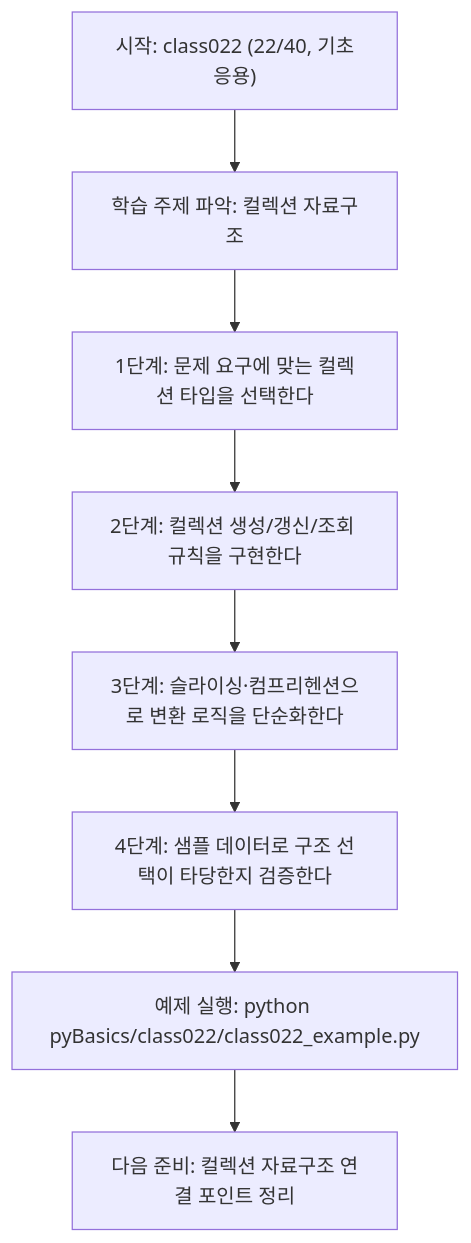
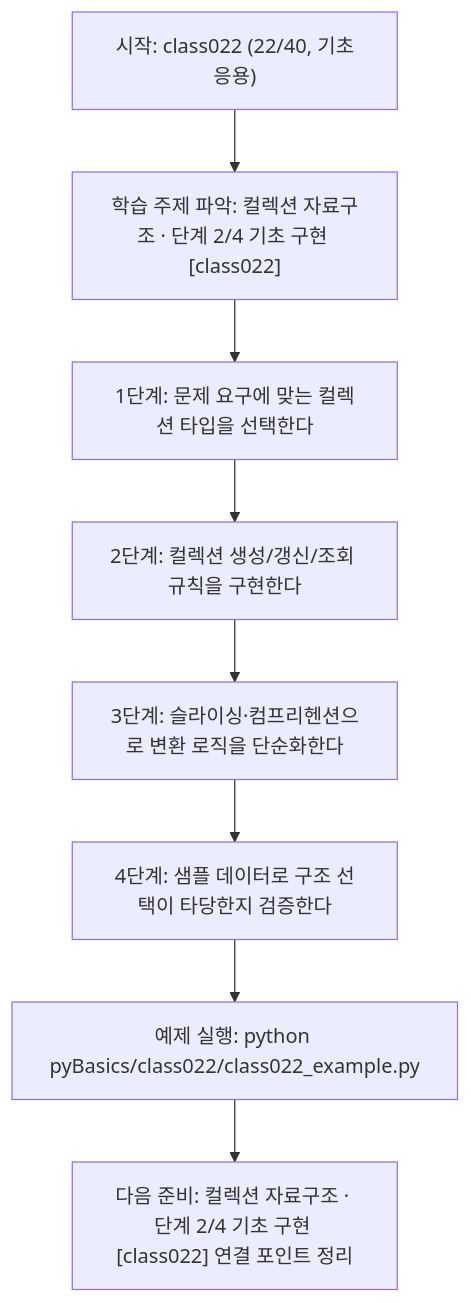
The diagram in pyBasics/class022/class022.md (edumgt/Python-AI_Agent-Class), drawn with Mermaid before and after one commit. The commit also changed other lines of this file and 522 other files, not shown here.

````diff
--- a/pyBasics/class022/class022.md
+++ b/pyBasics/class022/class022.md
@@ -108,18 +109,18 @@
 ```mermaid
 flowchart TD
 N1["시작: class022 (22/40, 기초응용)"]
-N2["학습 주제 파악: 컬렉션 자료구조"]
+N2["학습 주제 파악: 컬렉션 자료구조 · 단계 2/4 기초 구현 [class022]"]
 N3["1단계: 문제 요구에 맞는 컬렉션 타입을 선택한다"]
 N4["2단계: 컬렉션 생성/갱신/조회 규칙을 구현한다"]
 N5["3단계: 슬라이싱·컴프리헨션으로 변환 로직을 단순화한다"]
 N6["4단계: 샘플 데이터로 구조 선택이 타당한지 검증한다"]
 N7["예제 실행: python pyBasics/class022/class022_example.py"]
-N8["다음 준비: 컬렉션 자료구조 연결 포인트 정리"]
+N8["다음 준비: 컬렉션 자료구조 · 단계 2/4 기초 구현 [class022] 연결 포인트 정리"]
 N1 --> N2
 N2 --> N3
 N3 --> N4
 N4 --> N5
 N5 --> N6
 N6 --> N7
 N7 --> N8
 ```
````
